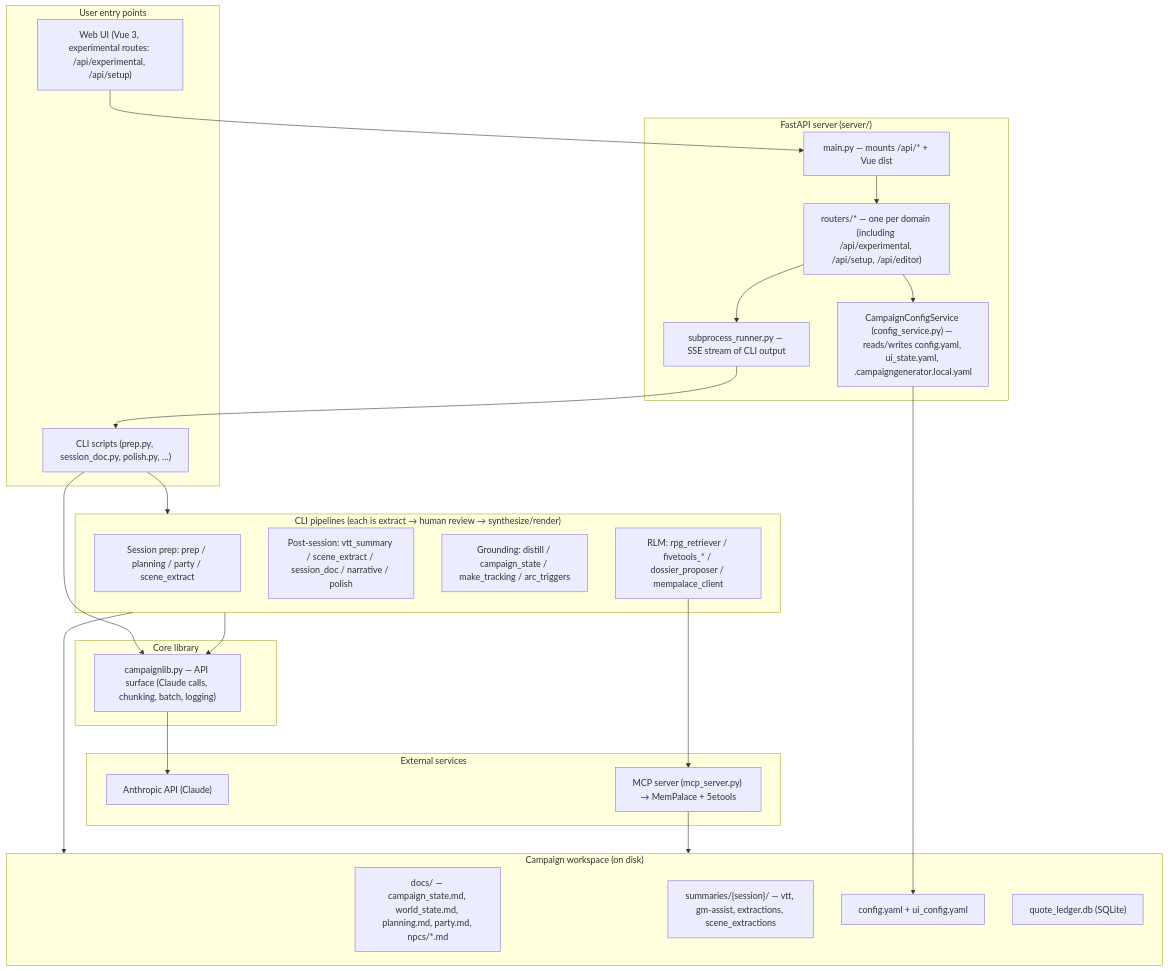
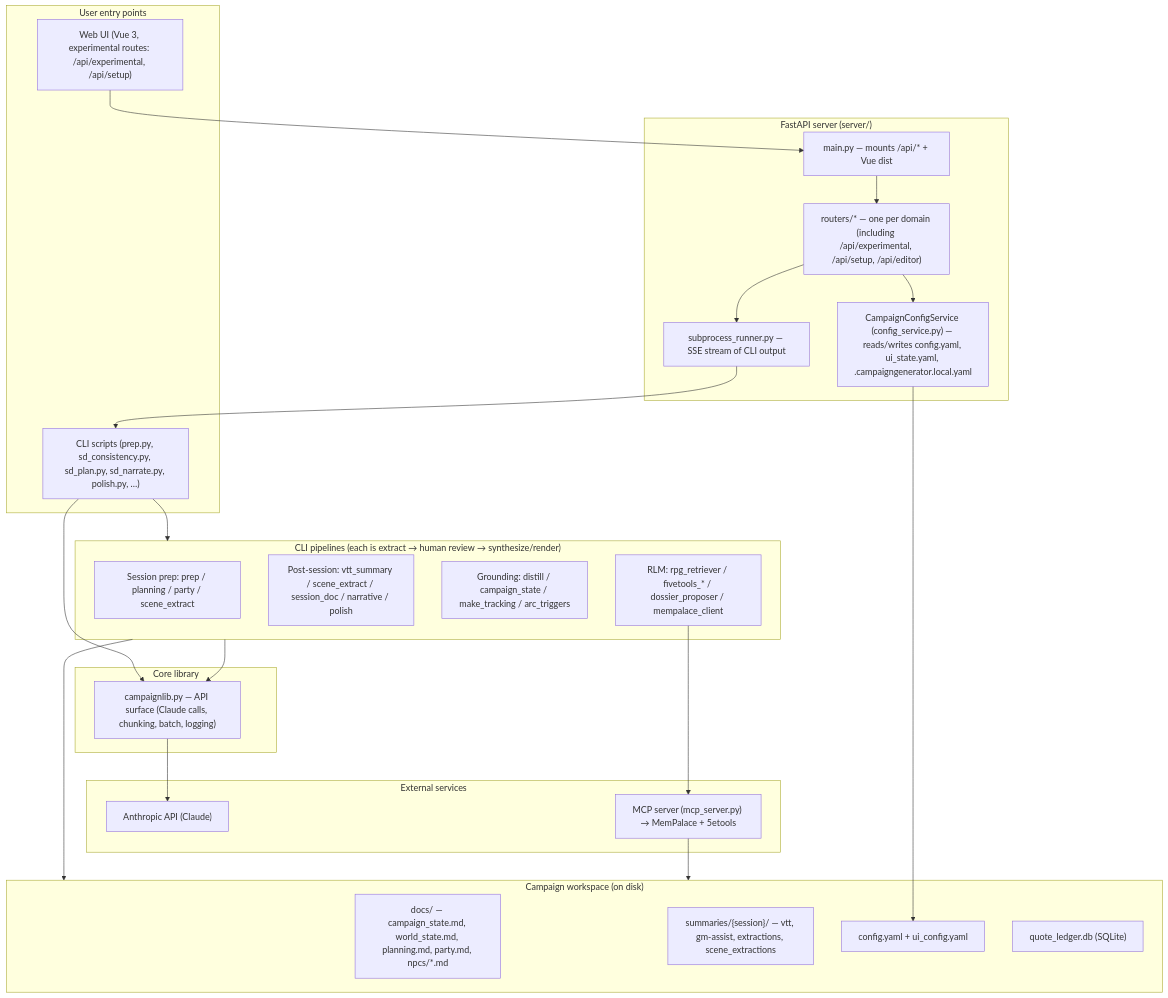
The first of 3 diagrams in docs/core/architecture.md (ameade/CampaignGenerator), drawn with Mermaid before and after one commit. The commit also changed other lines of this file and 28 other files, not shown here.

````diff
--- a/docs/core/architecture.md
+++ b/docs/core/architecture.md
@@ -16,51 +16,51 @@
 ```mermaid
 flowchart TB
     subgraph User["User entry points"]
-        CLI["CLI scripts (prep.py, session_doc.py, polish.py, …)"]
+        CLI["CLI scripts (prep.py, sd_consistency.py, sd_plan.py, sd_narrate.py, polish.py, …)"]
         Web["Web UI (Vue 3, experimental routes: /api/experimental, /api/setup)"]
     end
 
     subgraph Server["FastAPI server (server/)"]
         Main["main.py — mounts /api/* + Vue dist"]
         Routers["routers/* — one per domain (including /api/experimental, /api/setup, /api/editor)"]
     SubRun["subprocess_runner.py — SSE stream of CLI output"]
     Cfg["CampaignConfigService (config_service.py) — reads/writes config.yaml, ui_state.yaml, .campaigngenerator.local.yaml"]
     end
 
     subgraph Core["Core library"]
         Lib["campaignlib.py — API surface (Claude calls, chunking, batch, logging)"]
     end
 
     subgraph Pipelines["CLI pipelines (each is extract → human review → synthesize/render)"]
         Prep["Session prep: prep / planning / party / scene_extract"]
         Post["Post-session: vtt_summary / scene_extract / session_doc / narrative / polish"]
         Ground["Grounding: distill / campaign_state / make_tracking / arc_triggers"]
         RLM["RLM: rpg_retriever / fivetools_* / dossier_proposer / mempalace_client"]
     end
 
     subgraph Disk["Campaign workspace (on disk)"]
         Docs["docs/ — campaign_state.md, world_state.md, planning.md, party.md, npcs/*.md"]
         Sess["summaries/{session}/ — vtt, gm-assist, extractions, scene_extractions"]
         Cfgs["config.yaml + ui_config.yaml"]
         Ledger["quote_ledger.db (SQLite)"]
     end
 
     subgraph External["External services"]
         Claude["Anthropic API (Claude)"]
         MCP["MCP server (mcp_server.py) → MemPalace + 5etools"]
     end
 
     Web --> Main
     Main --> Routers
     Routers --> SubRun
     SubRun --> CLI
     Routers --> Cfg
     Cfg --> Cfgs
     CLI --> Lib
     Lib --> Claude
     CLI --> Pipelines
     Pipelines --> Disk
     Pipelines --> Lib
     RLM --> MCP
     MCP --> Disk
 ```
````
